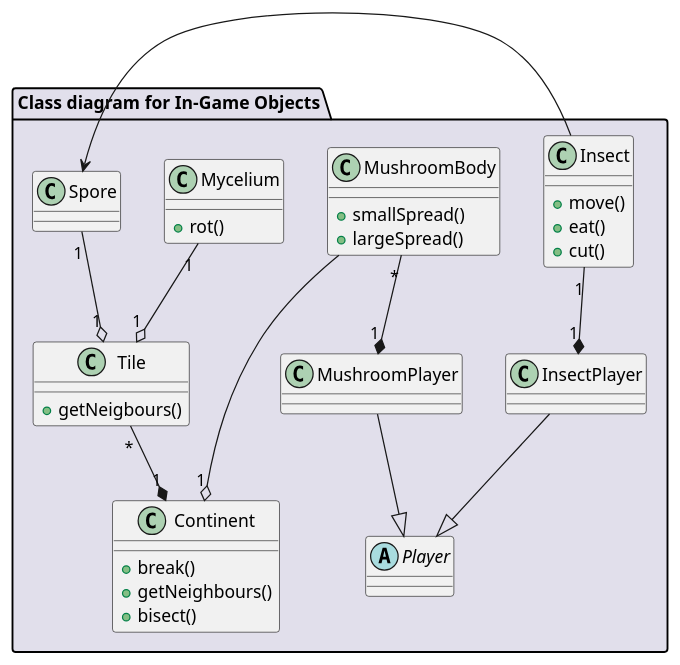
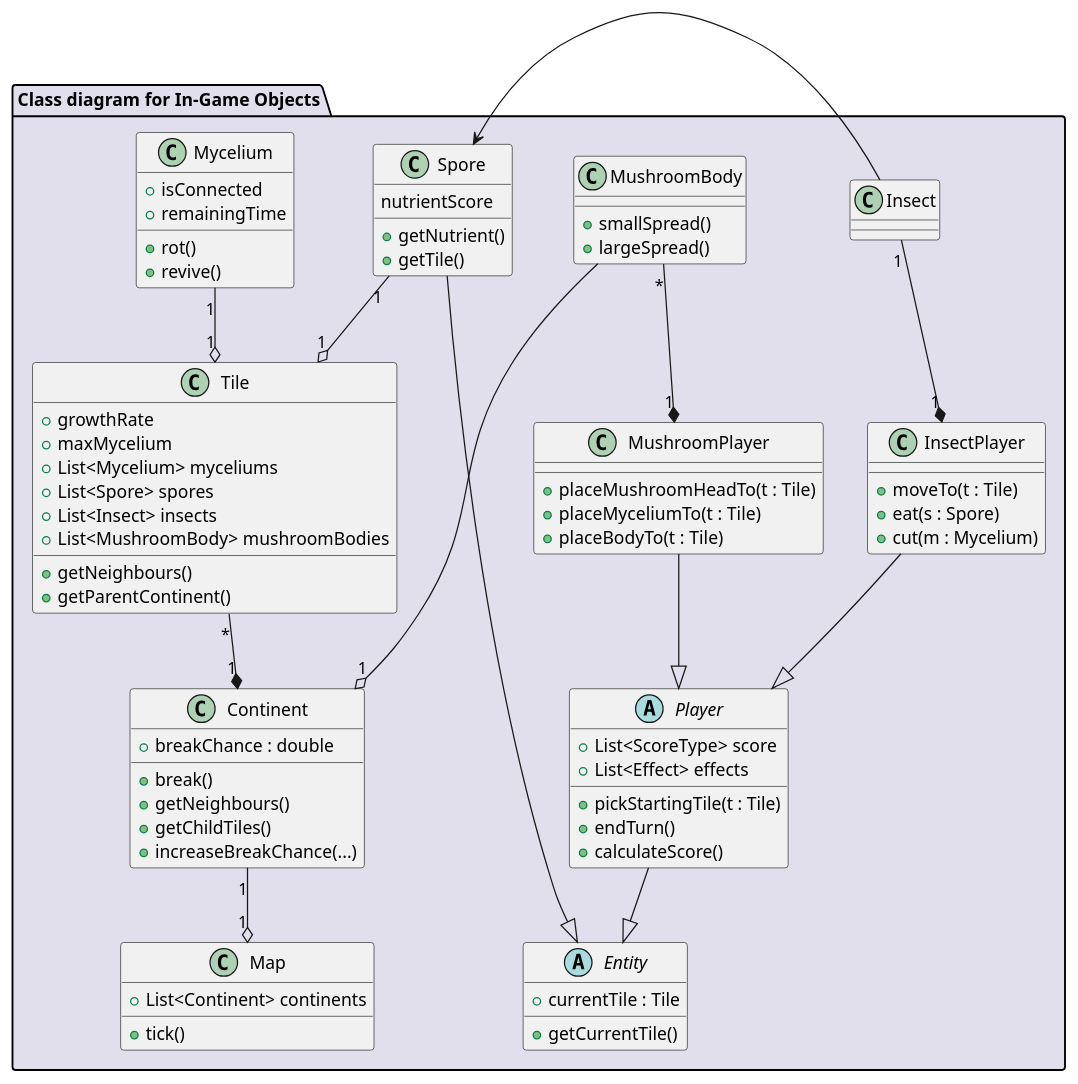
The diagram in diagrams/diagramFiles/CD_InGameObjects.puml (Harcipan/Projlab_nullpointerexception), drawn with PlantUML before and after one commit. The commit also changed 4 other files, not shown here.

First line of the commit message:
Changes: new and extended diagramFiles (Class Diagrams, State Diagrams)

```diff
--- a/diagrams/diagramFiles/CD_InGameObjects.puml
+++ b/diagrams/diagramFiles/CD_InGameObjects.puml
@@ -1,58 +1,98 @@
 @startuml CD_InGameObjects
 
 package "Class diagram for In-Game Objects" #E1DFEB {
+    
+    'world elements'
+
+    class Map {
+        + List<Continent> continents
+        + tick()
+    }
+
+    class Continent {
+        + breakChance : double
+        + break()
+        + getNeighbours()
+        + getChildTiles()
+        + increaseBreakChance(...)
+    }
+
+    class Tile {
+        + getNeighbours()
+        + growthRate
+        + maxMycelium
+        + List<Mycelium> myceliums
+        + List<Spore> spores
+        + List<Insect> insects
+        + List<MushroomBody> mushroomBodies
+        + getParentContinent()
+    }
+
+    'interactive elements'
+
+    abstract class Entity {
+        + currentTile : Tile
+        + getCurrentTile()
+    }
+
+    class Mycelium {
+        + isConnected
+        + remainingTime
+        + rot()
+        + revive()
+    }
+
+    class Spore {
+        nutrientScore
+        + getNutrient()
+        + getTile()
+    }
+
+    'playable elements'
+
+    abstract class Player {
+        + List<ScoreType> score
+        + List<Effect> effects
+        + pickStartingTile(t : Tile)
+        + endTurn()
+        + calculateScore()
+    }
+
+    class MushroomPlayer {
+        + placeMushroomHeadTo(t : Tile)
+        + placeMyceliumTo(t : Tile)
+        + placeBodyTo(t : Tile)
+    }
+
     class MushroomBody {
         + smallSpread()
         + largeSpread()
     }
+    
+    class InsectPlayer {
+        + moveTo(t : Tile)
+        + eat(s : Spore)
+        + cut(m : Mycelium)
+    }
 
     class Insect {
-        + move()
-        + eat()
-        + cut()
-    }
 
-    class Continent {
-        + break()
-        + getNeighbours()
-        + bisect()
-    }
-
-    class Tile {
-        + getNeigbours()
-    }
-
-    class Mycelium {
-        + rot()
-    }
-
-    class Spore {
-
-    }
-
-    abstract class Player {
-
-    }
-
-    class MushroomPlayer {
-    
-    }
-
-    class InsectPlayer {
-    
     }
 
     'connections'
 
+    Player --|> Entity
+    Spore --|> Entity
+    Continent "1" --o "1" Map
     MushroomBody --o "1" Continent
     Tile "*" --* "1" Continent
     Mycelium "1" --o "1" Tile
     Insect -> Spore
     Spore "1" --o "1" Tile
     MushroomPlayer --|> Player
     InsectPlayer --|> Player
     Insect "1" --* "1" InsectPlayer
     MushroomBody "*" --* "1" MushroomPlayer
 }
 
 @enduml
```
